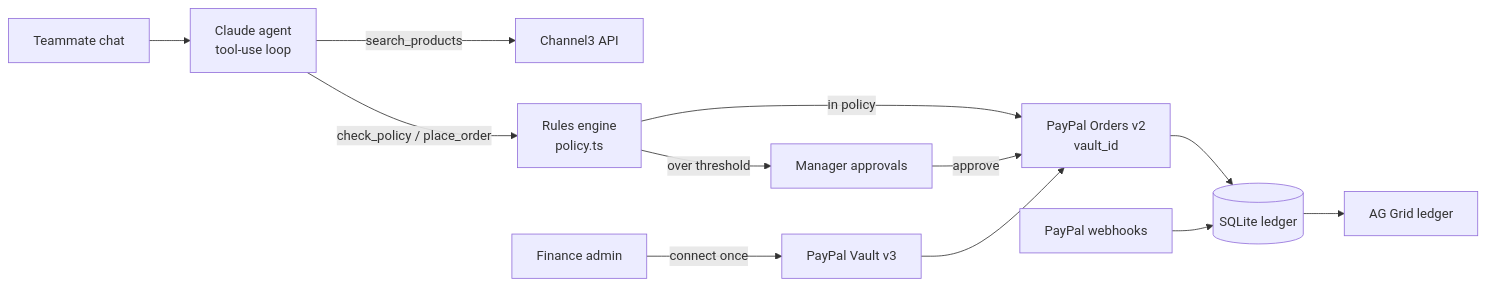
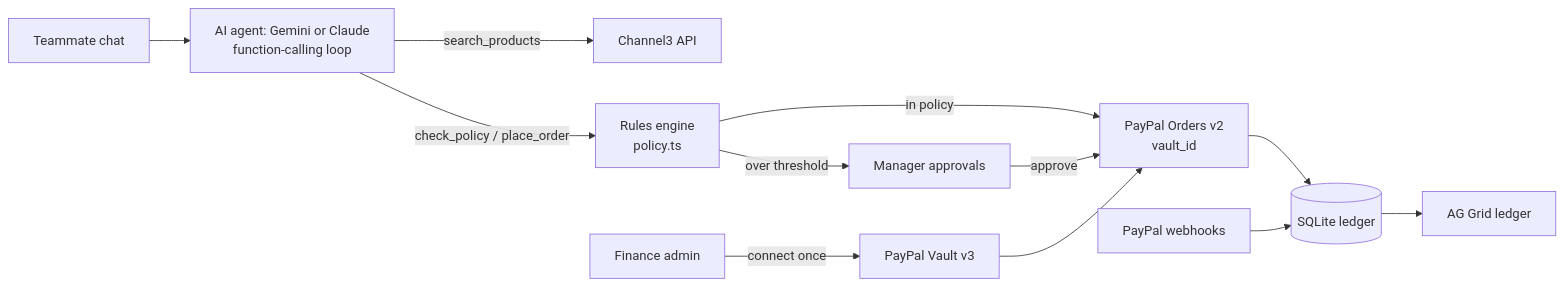
Before and after one commit to Blop77/allowance: the diagram in README.md, drawn with Mermaid. The commit also changed other lines of this file and 3 other files, not shown here.

First line of the commit message:
Wait out Gemini free-tier rate limits; tighten agent replies; README

````diff
--- a/README.md
+++ b/README.md
@@ -52,14 +55,14 @@
 ```mermaid
 flowchart LR
-  T[Teammate chat] --> A[Claude agent<br/>tool-use loop]
+  T[Teammate chat] --> A[AI agent: Gemini or Claude<br/>function-calling loop]
   A -- search_products --> C[Channel3 API]
   A -- check_policy / place_order --> P[Rules engine<br/>policy.ts]
   P -- in policy --> O[PayPal Orders v2<br/>vault_id]
   P -- over threshold --> Q[Manager approvals]
   Q -- approve --> O
   ADM[Finance admin] -- connect once --> V[PayPal Vault v3]
   V --> O
   O --> L[(SQLite ledger)]
   W[PayPal webhooks] --> L
   L --> G[AG Grid ledger]
 ```
````
